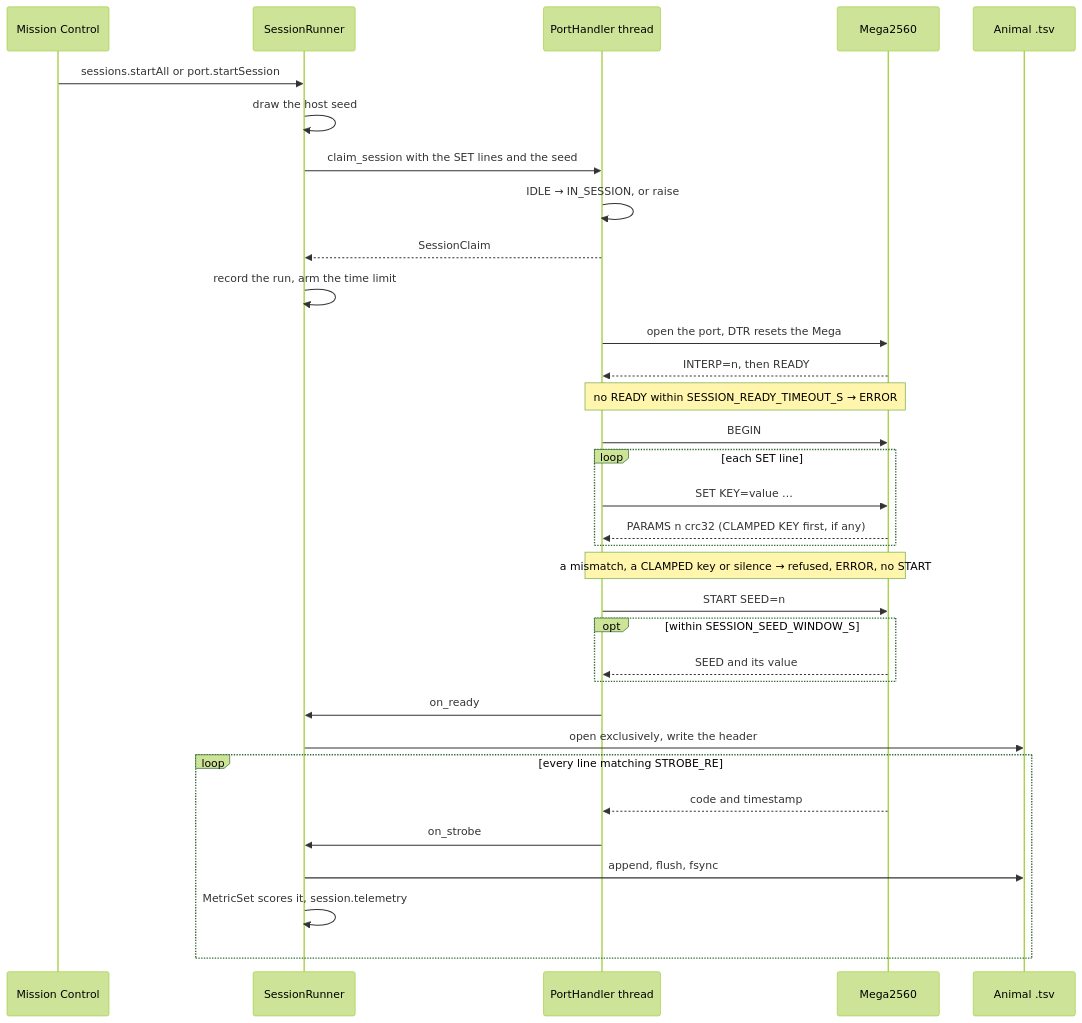
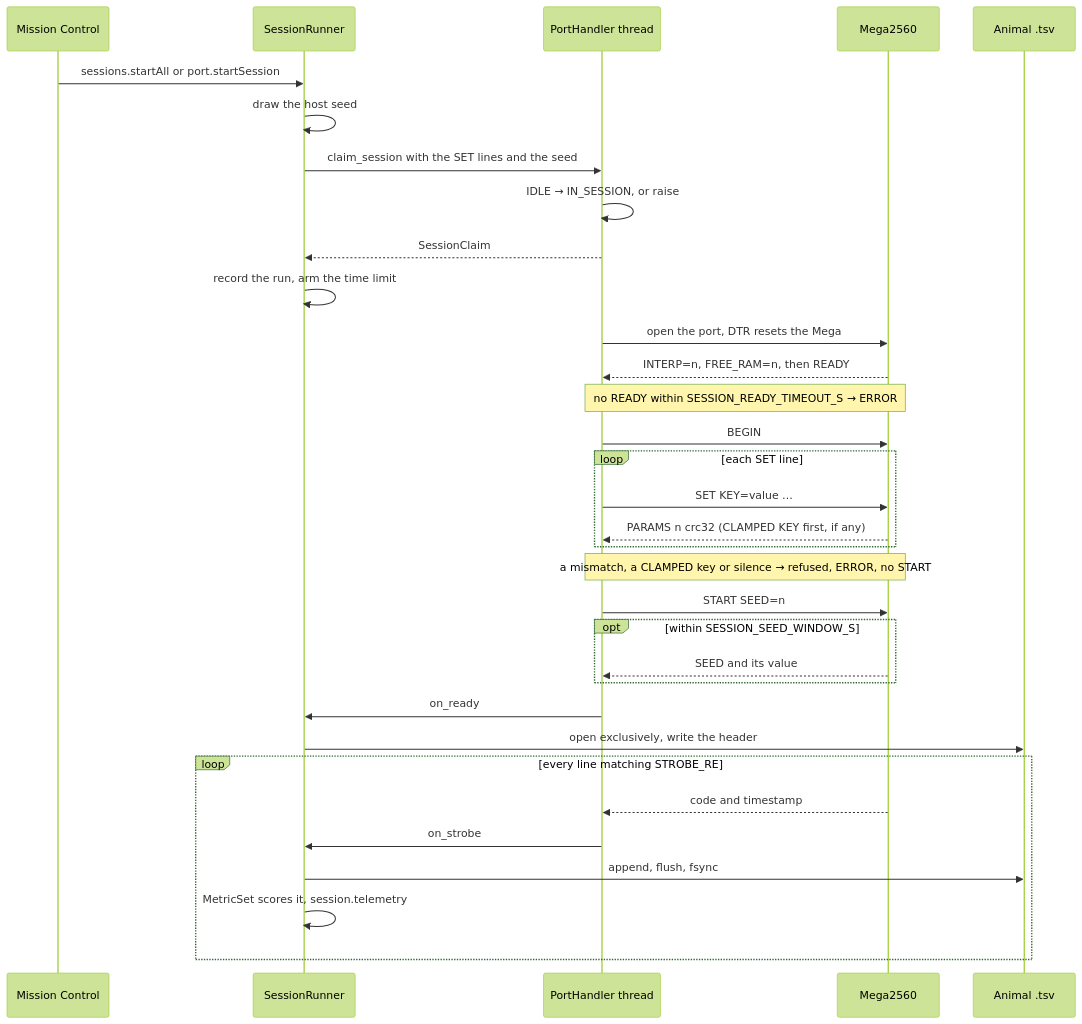
One commit to Chase-NJ/Ephymeris changed the seventh of 9 diagrams in docs/ARCHITECTURE.md. Above: the diagram before and after it, drawn with Mermaid (forest theme). The commit also changed other lines of this file and 60 other files, not shown here.

````diff
--- a/docs/ARCHITECTURE.md
+++ b/docs/ARCHITECTURE.md
@@ -1178,35 +1179,35 @@
 ```mermaid
 sequenceDiagram
     participant UI as Mission Control
     participant Runner as SessionRunner
     participant Port as PortHandler thread
     participant Board as Mega2560
     participant File as Animal .tsv
     UI->>Runner: sessions.startAll or port.startSession
     Runner->>Runner: draw the host seed
     Runner->>Port: claim_session with the SET lines and the seed
     Port->>Port: IDLE → IN_SESSION, or raise
     Port-->>Runner: SessionClaim
     Runner->>Runner: record the run, arm the time limit
     Port->>Board: open the port, DTR resets the Mega
-    Board-->>Port: INTERP=n, then READY
+    Board-->>Port: INTERP=n, FREE_RAM=n, then READY
     Note over Port,Board: no READY within SESSION_READY_TIMEOUT_S → ERROR
     Port->>Board: BEGIN
     loop each SET line
         Port->>Board: SET KEY=value …
         Board-->>Port: PARAMS n crc32 (CLAMPED KEY first, if any)
     end
     Note over Port,Board: a mismatch, a CLAMPED key or silence → refused, ERROR, no START
     Port->>Board: START SEED=n
     opt within SESSION_SEED_WINDOW_S
         Board-->>Port: SEED and its value
     end
     Port->>Runner: on_ready
     Runner->>File: open exclusively, write the header
     loop every line matching STROBE_RE
         Board-->>Port: code and timestamp
         Port->>Runner: on_strobe
         Runner->>File: append, flush, fsync
         Runner->>Runner: MetricSet scores it, session.telemetry
     end
 ```
````
